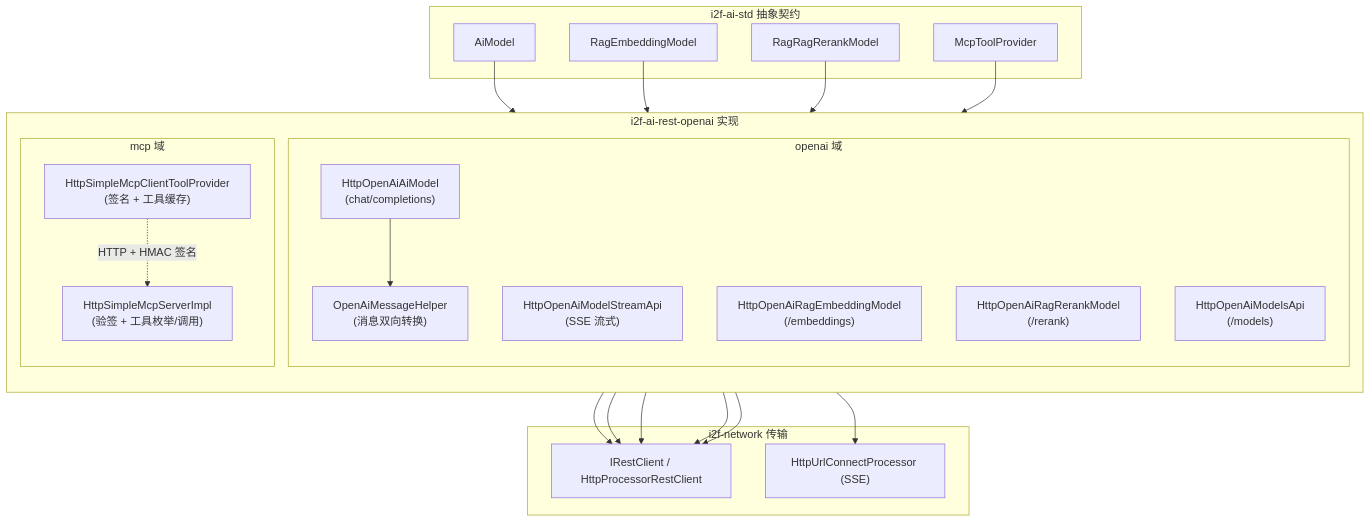
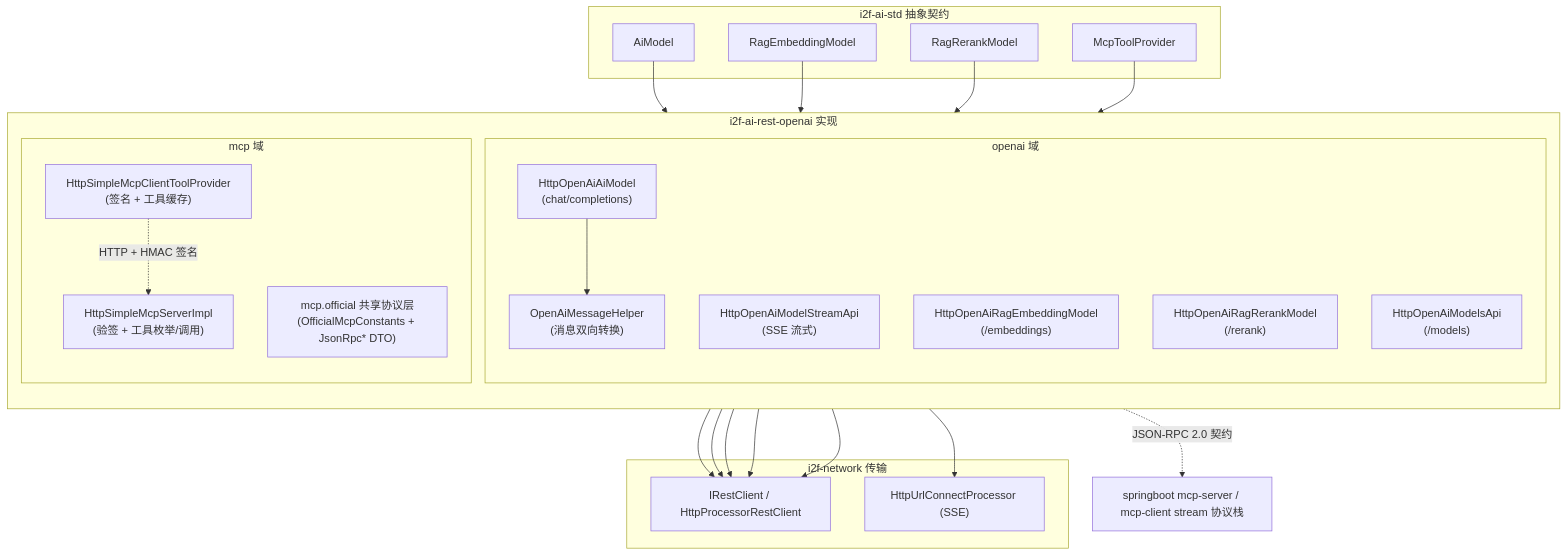
Before and after one commit to Ice2Faith/i2f-turbo-java: the first of 2 diagrams in .wiki/modules/i2f-jdk/i2f-ai-rest-openai/readme.md, drawn with Mermaid. The commit also changed other lines of this file and 3 other files, not shown here.

````diff
--- a/.wiki/modules/i2f-jdk/i2f-ai-rest-openai/readme.md
+++ b/.wiki/modules/i2f-jdk/i2f-ai-rest-openai/readme.md
@@ -28,40 +28,42 @@
 ```mermaid
 flowchart TD
     subgraph std["i2f-ai-std 抽象契约"]
         C1["AiModel"]
         C2["RagEmbeddingModel"]
-        C3["RagRagRerankModel"]
+        C3["RagRerankModel"]
         C4["McpToolProvider"]
     end
     subgraph impl["i2f-ai-rest-openai 实现"]
         direction TB
         subgraph openai["openai 域"]
             M1["HttpOpenAiAiModel<br/>(chat/completions)"]
             M2["HttpOpenAiModelStreamApi<br/>(SSE 流式)"]
             H["OpenAiMessageHelper<br/>(消息双向转换)"]
             R1["HttpOpenAiRagEmbeddingModel<br/>(/embeddings)"]
             R2["HttpOpenAiRagRerankModel<br/>(/rerank)"]
             A1["HttpOpenAiModelsApi<br/>(/models)"]
         end
         subgraph mcp["mcp 域"]
             MC["HttpSimpleMcpClientToolProvider<br/>(签名 + 工具缓存)"]
             MS["HttpSimpleMcpServerImpl<br/>(验签 + 工具枚举/调用)"]
+            OF["mcp.official 共享协议层<br/>(OfficialMcpConstants + JsonRpc* DTO)"]
         end
     end
     subgraph net["i2f-network 传输"]
         N1["IRestClient / HttpProcessorRestClient"]
         N2["HttpUrlConnectProcessor (SSE)"]
     end
     C1 --> M1
     C2 --> R1
     C3 --> R2
     C4 --> MC
     M1 --> H
     M1 --> N1
     M2 --> N2
     R1 --> N1
     R2 --> N1
     A1 --> N1
     MC --> N1
     MC -. "HTTP + HMAC 签名" .-> MS
+    OF -. "JSON-RPC 2.0 契约" .-> SB["springboot mcp-server / mcp-client stream 协议栈"]
 ```
````
